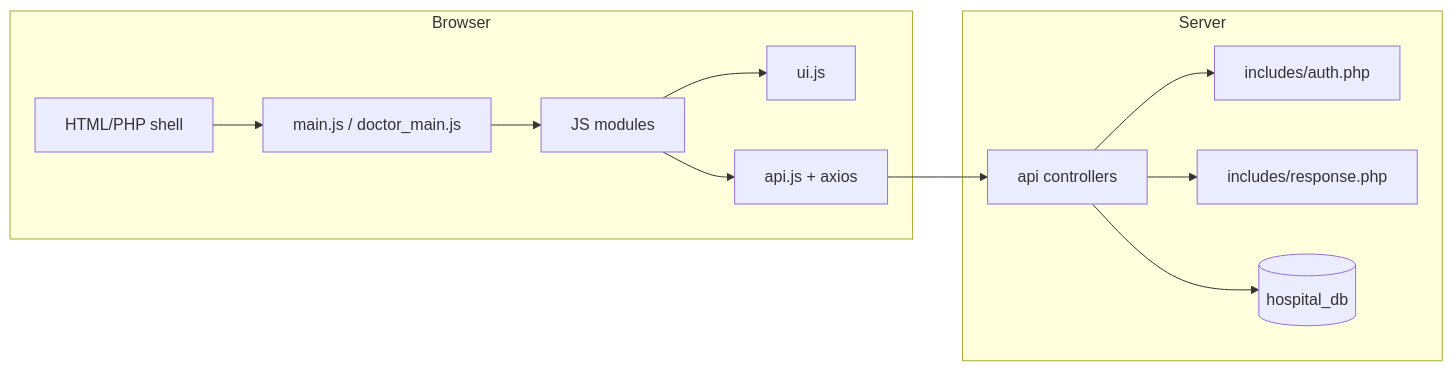
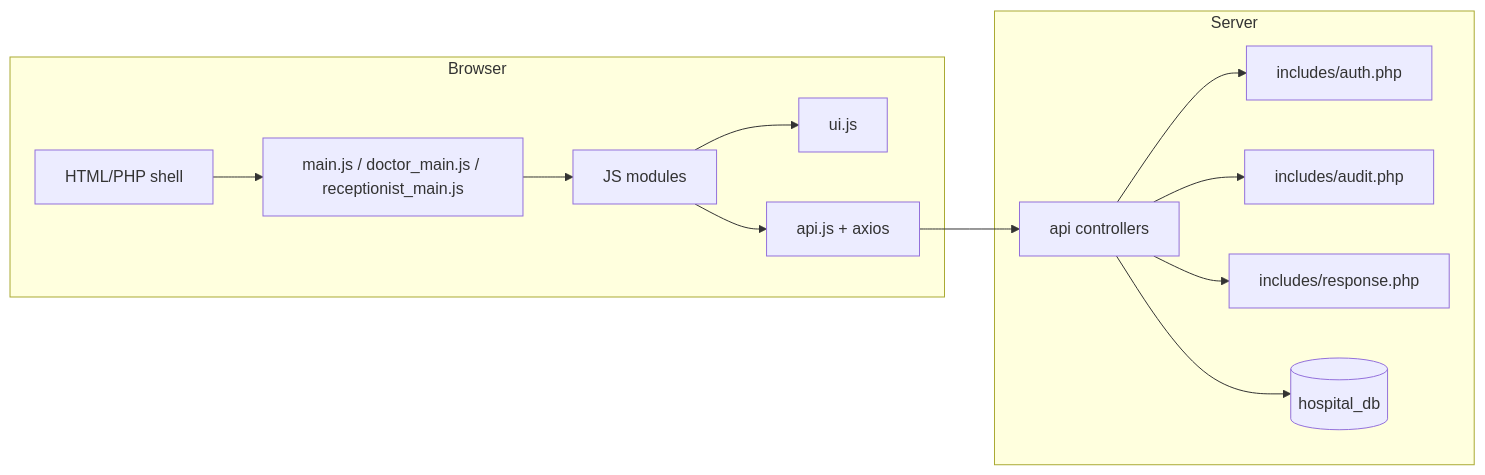
One commit to Zula-stdnt/Clinic-Appointment-and-Patient-Records-System changed the second of 2 diagrams in docs/obsidian-vault/Architecture.md. Above: the diagram before and after it, drawn with Mermaid. The commit also changed other lines of this file and 81 other files, not shown here.

````diff
--- a/docs/obsidian-vault/Architecture.md
+++ b/docs/obsidian-vault/Architecture.md
@@ -40,22 +41,24 @@
 ```mermaid
 flowchart LR
     subgraph Browser
         Shell[HTML/PHP shell]
-        Router[main.js / doctor_main.js]
+        Router[main.js / doctor_main.js / receptionist_main.js]
         Mod[JS modules]
         T[ui.js]
         APIJS[api.js + axios]
     end
     subgraph Server
         Ctrl[api controllers]
         Auth[includes/auth.php]
+        Audit[includes/audit.php]
         Resp[includes/response.php]
         DB[(hospital_db)]
     end
     Shell --> Router --> Mod
     Mod --> T
     Mod --> APIJS --> Ctrl
     Ctrl --> Auth
+    Ctrl --> Audit
     Ctrl --> Resp
     Ctrl --> DB
 ```
````
